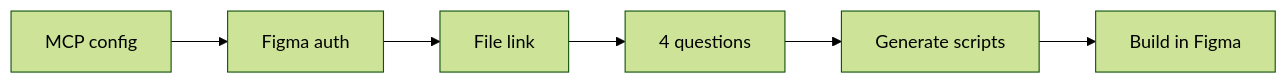
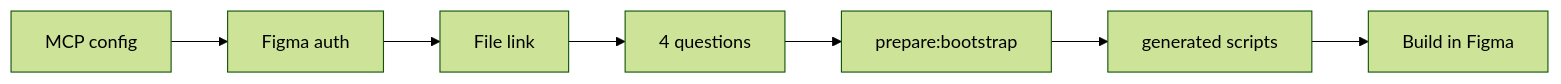
One commit to k-aksha/Figma-design-system-agent-access-wizard changed the diagram in README.md. Above: the diagram before and after it, drawn with Mermaid (forest theme). The commit also changed other lines of this file and 30 other files, not shown here.

````diff
--- a/README.md
+++ b/README.md
@@ -69,8 +74,9 @@
 ```mermaid
 flowchart LR
   A[MCP config] --> B[Figma auth]
   B --> C[File link]
   C --> D[4 questions]
-  D --> E[Generate scripts]
-  E --> F[Build in Figma]
+  D --> E[prepare:bootstrap]
+  E --> F[generated scripts]
+  F --> G[Build in Figma]
 ```
````
